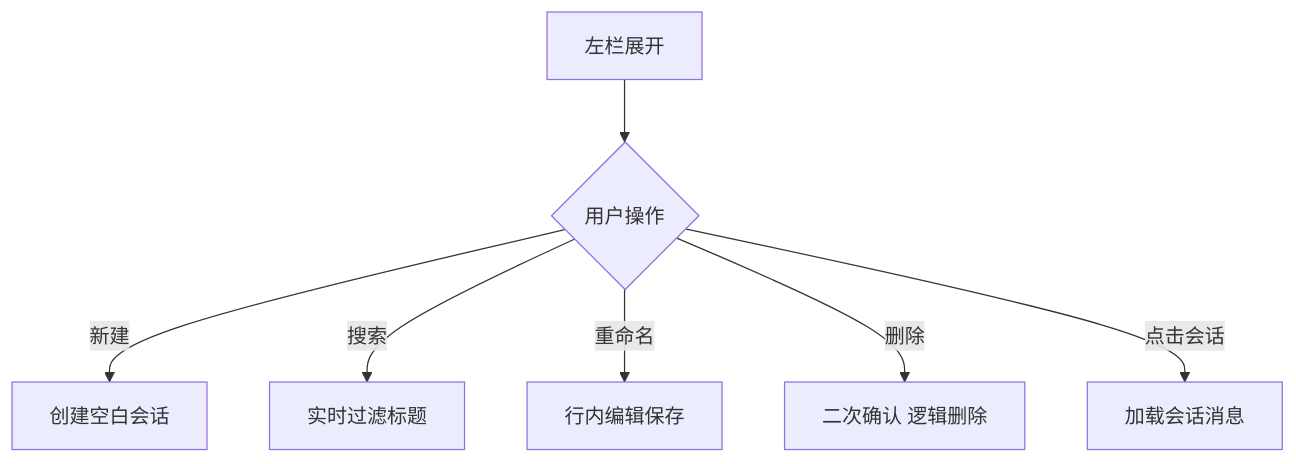
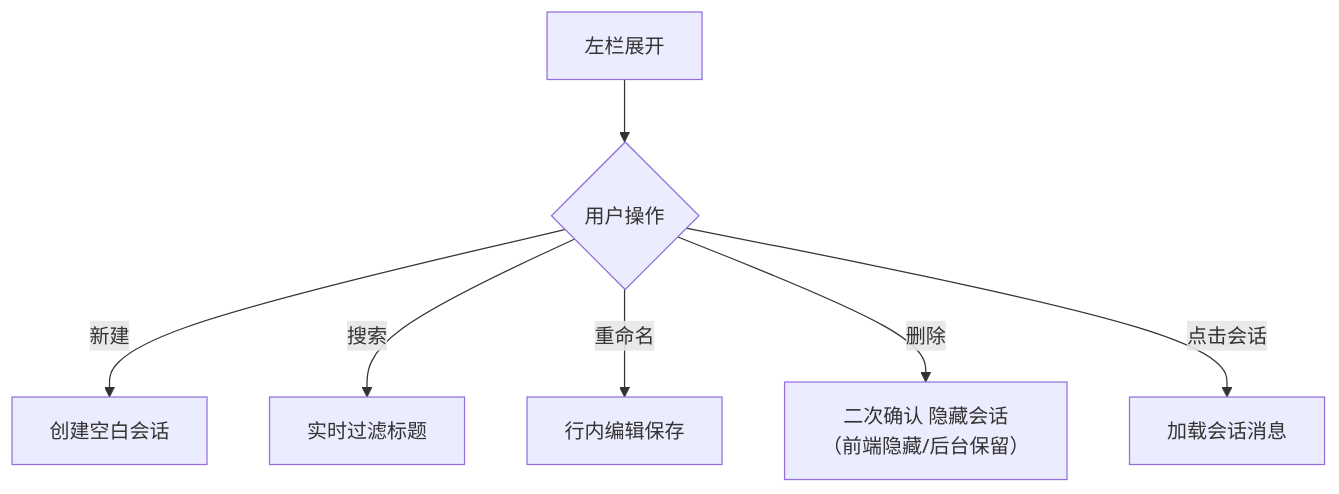
Diagram 13 of 19 in docs/需求文档/20260709-【PRD】AI工作台-首页智能体-天马智擎.md (fri555/PORTL), drawn with Mermaid before and after one commit. The commit also changed other lines of this file, not shown here.

````diff
--- a/docs/需求文档/20260709-【PRD】AI工作台-首页智能体-天马智擎.md
+++ b/docs/需求文档/20260709-【PRD】AI工作台-首页智能体-天马智擎.md
@@ -971,9 +971,9 @@
 ```mermaid
 flowchart TD
     A["左栏展开"] --> B{"用户操作"}
     B -->|"新建"| C["创建空白会话"]
     B -->|"搜索"| D["实时过滤标题"]
     B -->|"重命名"| E["行内编辑保存"]
-    B -->|"删除"| F["二次确认 逻辑删除"]
+    B -->|"删除"| F["二次确认 隐藏会话<br/>（前端隐藏/后台保留）"]
     B -->|"点击会话"| G["加载会话消息"]
 ```
````
